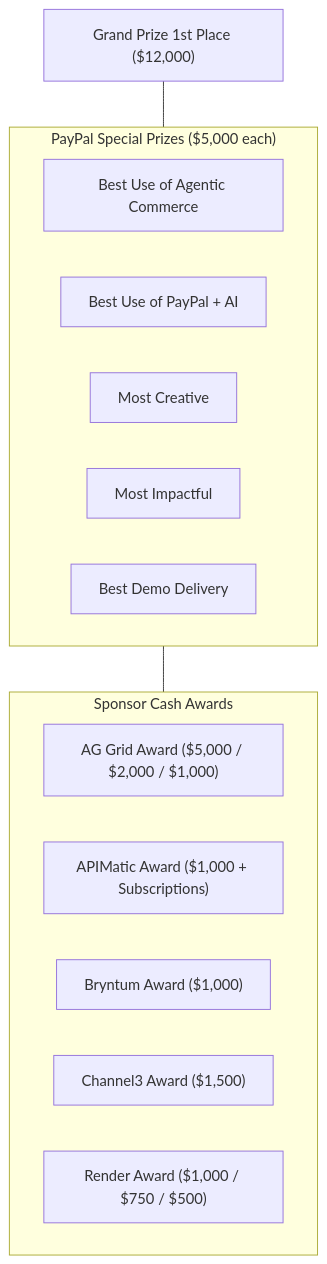
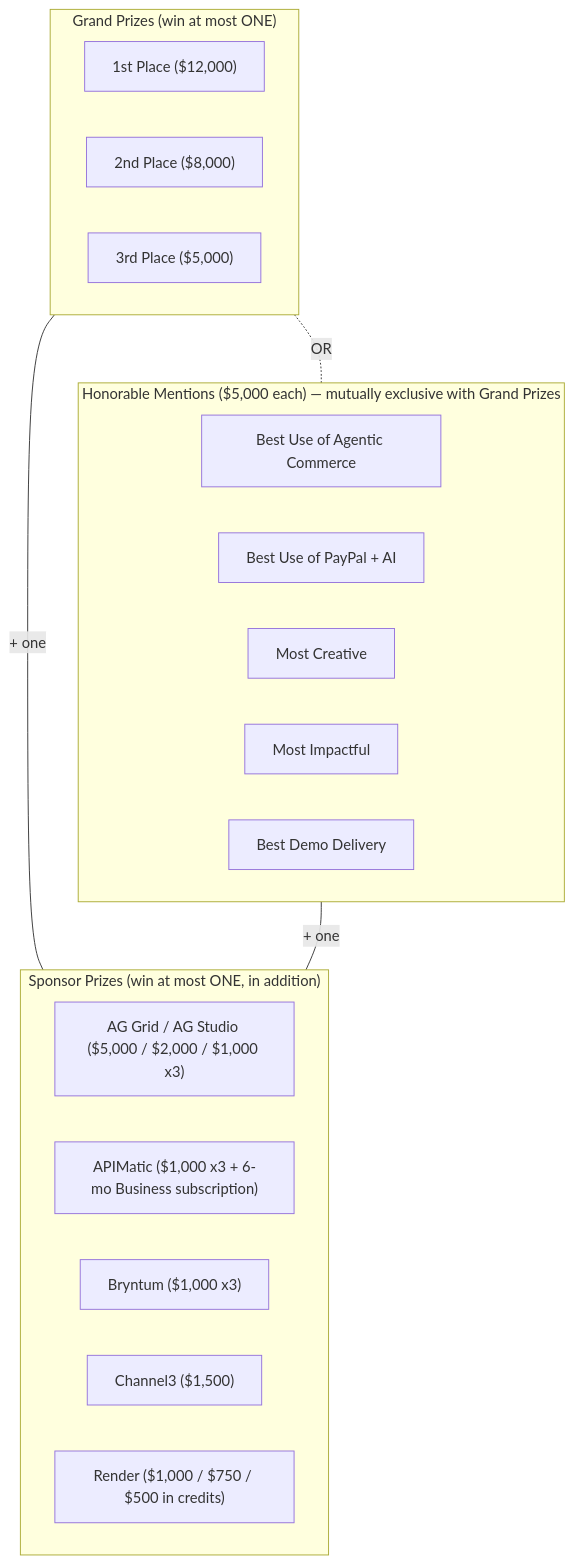
Before and after one commit to mohitmishra786/writ: the first of 6 diagrams in research/hackathon_ideation_matrix.md, drawn with Mermaid. The commit also changed other lines of this file and 2 other files, not shown here.

First line of the commit message:
docs: add Mandate architecture blueprint, repo ADR, and fix prize math

````diff
--- a/research/hackathon_ideation_matrix.md
+++ b/research/hackathon_ideation_matrix.md
@@ -41,23 +44,28 @@
 ```mermaid
 flowchart TD
-    GP["Grand Prize 1st Place ($12,000)"]
+    subgraph GrandPrizes ["Grand Prizes (win at most ONE)"]
+        GP["1st Place ($12,000)"]
+        GP2["2nd Place ($8,000)"]
+        GP3["3rd Place ($5,000)"]
+    end
     
-    subgraph SpecialPrizes ["PayPal Special Prizes ($5,000 each)"]
+    subgraph SpecialPrizes ["Honorable Mentions ($5,000 each) — mutually exclusive with Grand Prizes"]
         SP1["Best Use of Agentic Commerce"]
         SP2["Best Use of PayPal + AI"]
         SP3["Most Creative"]
         SP4["Most Impactful"]
         SP5["Best Demo Delivery"]
     end
     
-    subgraph SponsorPrizes ["Sponsor Cash Awards"]
-        AG["AG Grid Award ($5,000 / $2,000 / $1,000)"]
-        AP["APIMatic Award ($1,000 + Subscriptions)"]
-        BR["Bryntum Award ($1,000)"]
-        CH["Channel3 Award ($1,500)"]
-        RN["Render Award ($1,000 / $750 / $500)"]
+    subgraph SponsorPrizes ["Sponsor Prizes (win at most ONE, in addition)"]
+        AG["AG Grid / AG Studio ($5,000 / $2,000 / $1,000 x3)"]
+        AP["APIMatic ($1,000 x3 + 6-mo Business subscription)"]
+        BR["Bryntum ($1,000 x3)"]
+        CH["Channel3 ($1,500)"]
+        RN["Render ($1,000 / $750 / $500 in credits)"]
     end
 
-    GP --- SpecialPrizes
-    SpecialPrizes --- SponsorPrizes
+    GrandPrizes -. "OR" .- SpecialPrizes
+    GrandPrizes -- "+ one" --- SponsorPrizes
+    SpecialPrizes -- "+ one" --- SponsorPrizes
 ```
````
